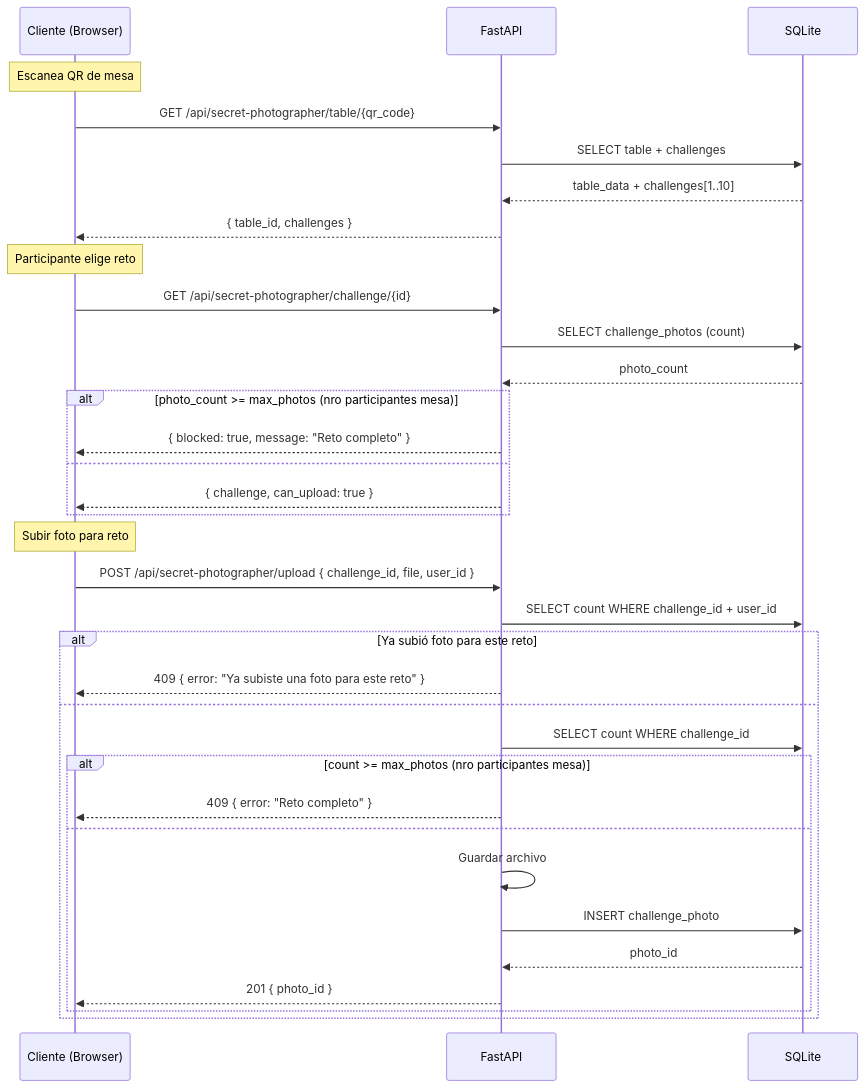
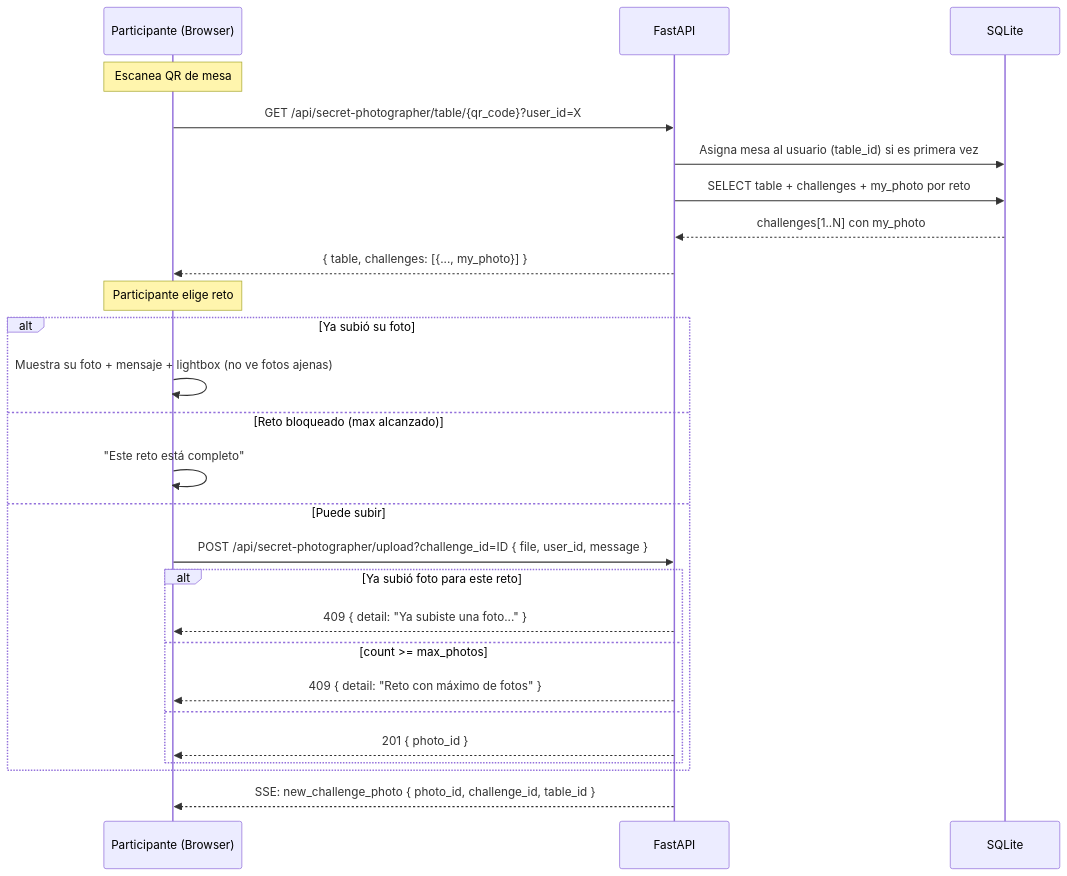
The sixth of 12 diagrams in README.md (juniornff/wedding-photo-manager), drawn with Mermaid before and after one commit. The commit also changed other lines of this file and 3 other files, not shown here.

````diff
--- a/README.md
+++ b/README.md
@@ -277,39 +296,31 @@
 ```mermaid
 sequenceDiagram
-    participant C as Cliente (Browser)
+    participant C as Participante (Browser)
     participant API as FastAPI
     participant DB as SQLite
 
     Note over C: Escanea QR de mesa
-    C->>API: GET /api/secret-photographer/table/{qr_code}
-    API->>DB: SELECT table + challenges
-    DB-->>API: table_data + challenges[1..10]
-    API-->>C: { table_id, challenges }
+    C->>API: GET /api/secret-photographer/table/{qr_code}?user_id=X
+    API->>DB: Asigna mesa al usuario (table_id) si es primera vez
+    API->>DB: SELECT table + challenges + my_photo por reto
+    DB-->>API: challenges[1..N] con my_photo
+    API-->>C: { table, challenges: [{..., my_photo}] }
 
     Note over C: Participante elige reto
-    C->>API: GET /api/secret-photographer/challenge/{id}
-    API->>DB: SELECT challenge_photos (count)
-    DB-->>API: photo_count
-    alt photo_count >= max_photos (nro participantes mesa)
-        API-->>C: { blocked: true, message: "Reto completo" }
-    else
-        API-->>C: { challenge, can_upload: true }
-    end
-
-    Note over C: Subir foto para reto
-    C->>API: POST /api/secret-photographer/upload { challenge_id, file, user_id }
-    API->>DB: SELECT count WHERE challenge_id + user_id
-    alt Ya subió foto para este reto
-        API-->>C: 409 { error: "Ya subiste una foto para este reto" }
-    else
-        API->>DB: SELECT count WHERE challenge_id
-        alt count >= max_photos (nro participantes mesa)
-            API-->>C: 409 { error: "Reto completo" }
+    alt Ya subió su foto
+        C->>C: Muestra su foto + mensaje + lightbox (no ve fotos ajenas)
+    else Reto bloqueado (max alcanzado)
+        C->>C: "Este reto está completo"
+    else Puede subir
+        C->>API: POST /api/secret-photographer/upload?challenge_id=ID { file, user_id, message }
+        alt Ya subió foto para este reto
+            API-->>C: 409 { detail: "Ya subiste una foto..." }
+        else count >= max_photos
+            API-->>C: 409 { detail: "Reto con máximo de fotos" }
         else
-            API->>API: Guardar archivo
-            API->>DB: INSERT challenge_photo
-            DB-->>API: photo_id
             API-->>C: 201 { photo_id }
         end
     end
+
+    API-->>C: SSE: new_challenge_photo { photo_id, challenge_id, table_id }
 ```
````
